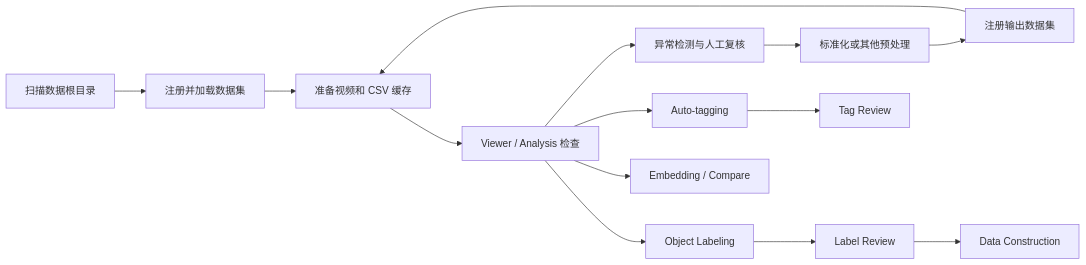
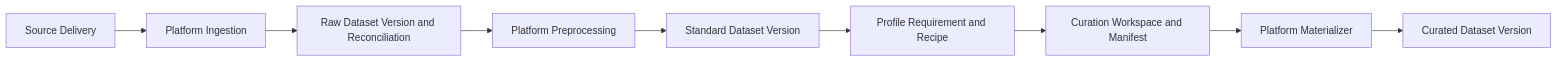
The diagram in docs/data_platform_page_user_guide.md (Beaconsyh08/lerobot), drawn with Mermaid before and after one commit. The commit also changed other lines of this file and 38 other files, not shown here.

First line of the commit message:
feat(data-platform): add lifecycle and curation control plane

````diff
--- a/docs/data_platform_page_user_guide.md
+++ b/docs/data_platform_page_user_guide.md
@@ -21,16 +18,11 @@
 ```mermaid
 flowchart LR
-    A[扫描数据根目录] --> B[注册并加载数据集]
-    B --> C[准备视频和 CSV 缓存]
-    C --> D[Viewer / Analysis 检查]
-    D --> E[异常检测与人工复核]
-    E --> F[标准化或其他预处理]
-    F --> G[注册输出数据集]
-    G --> C
-    D --> H[Object Labeling]
-    H --> I[Label Review]
-    I --> J[Data Construction]
-    D --> K[Auto-tagging]
-    K --> L[Tag Review]
-    D --> M[Embedding / Compare]
+    A[Source Delivery] --> B[Platform Ingestion]
+    B --> C[Raw Dataset Version and Reconciliation]
+    C --> D[Platform Preprocessing]
+    D --> E[Standard Dataset Version]
+    E --> F[Profile Requirement and Recipe]
+    F --> G[Curation Workspace and Manifest]
+    G --> H[Platform Materializer]
+    H --> I[Curated Dataset Version]
 ```
````
